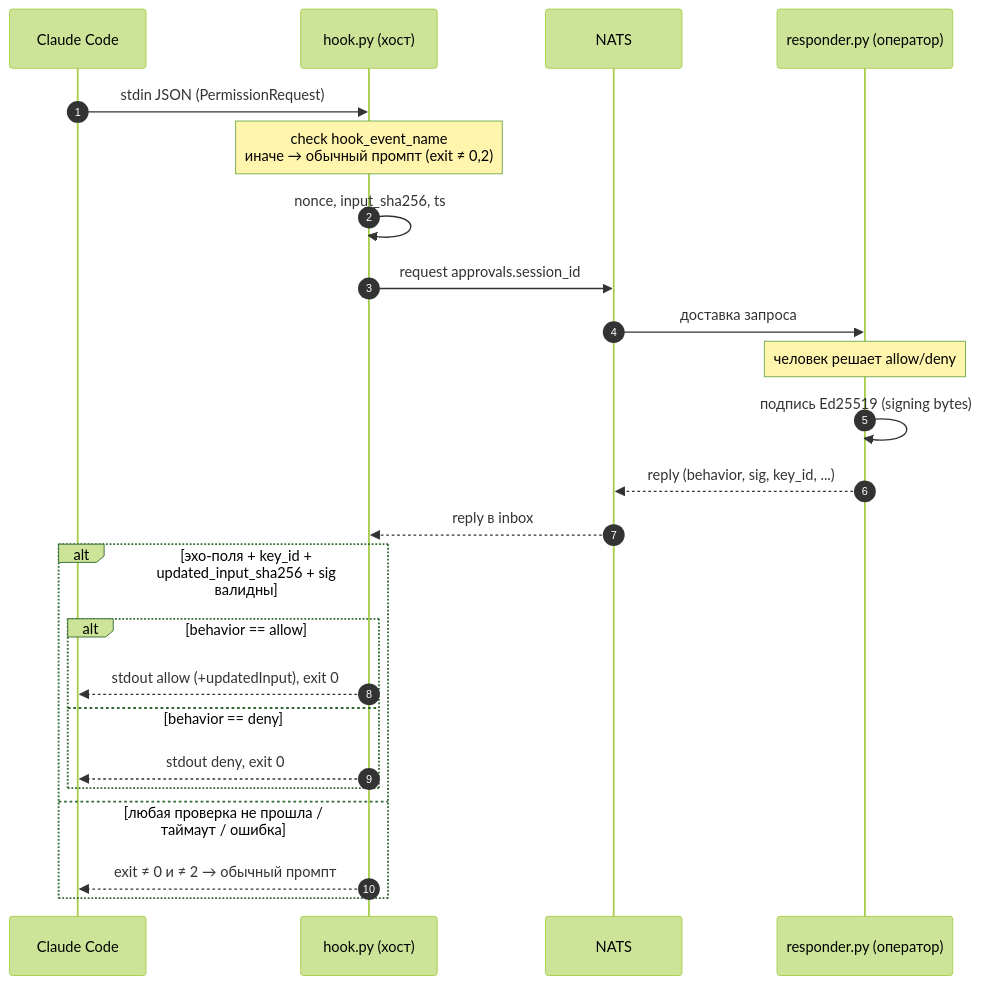
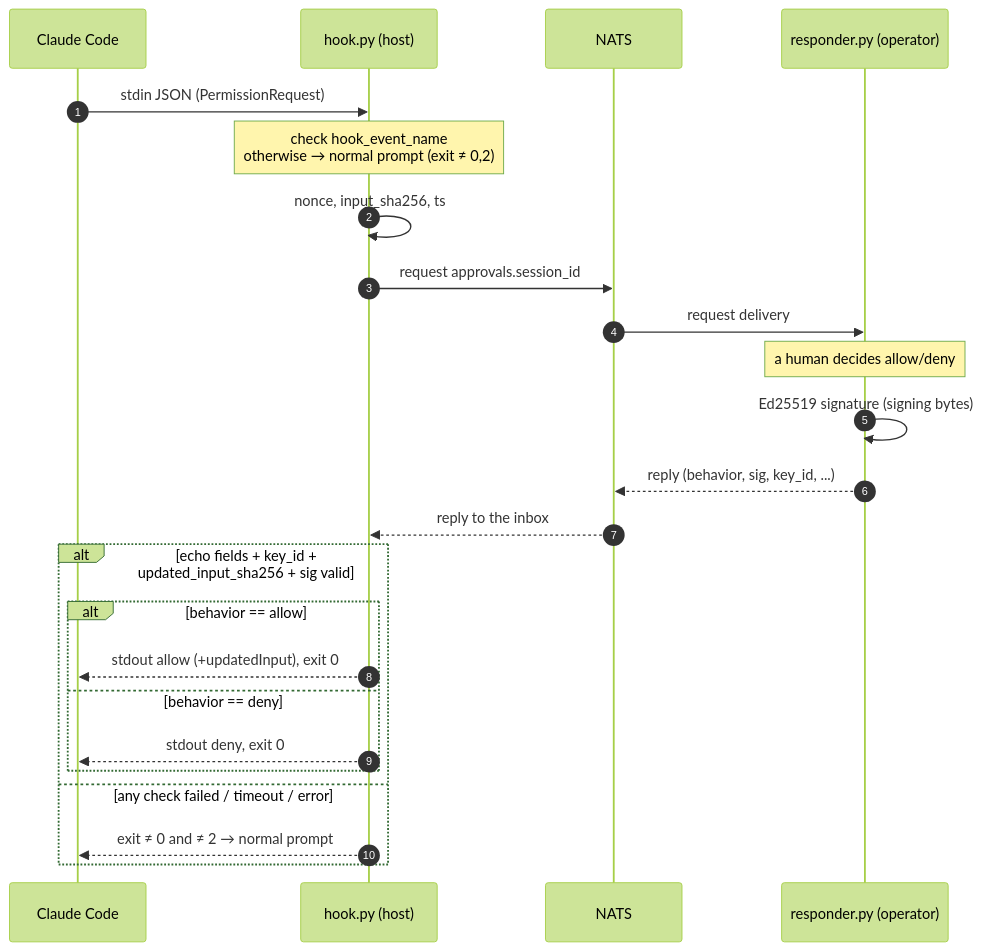
The second of 2 diagrams in CLAUDE.md (merlokk/ai-remote), drawn with Mermaid (forest theme) before and after one commit. The commit also changed other lines of this file, not shown here.

````diff
--- a/CLAUDE.md
+++ b/CLAUDE.md
@@ -194,28 +157,28 @@
 ```mermaid
 sequenceDiagram
     autonumber
     participant CC as Claude Code
-    participant H as hook.py (хост)
+    participant H as hook.py (host)
     participant N as NATS
-    participant R as responder.py (оператор)
+    participant R as responder.py (operator)
 
     CC->>H: stdin JSON (PermissionRequest)
-    Note over H: check hook_event_name<br/>иначе → обычный промпт (exit ≠ 0,2)
+    Note over H: check hook_event_name<br/>otherwise → normal prompt (exit ≠ 0,2)
     H->>H: nonce, input_sha256, ts
     H->>N: request approvals.session_id
-    N->>R: доставка запроса
-    Note over R: человек решает allow/deny
-    R->>R: подпись Ed25519 (signing bytes)
+    N->>R: request delivery
+    Note over R: a human decides allow/deny
+    R->>R: Ed25519 signature (signing bytes)
     R-->>N: reply (behavior, sig, key_id, ...)
-    N-->>H: reply в inbox
+    N-->>H: reply to the inbox
 
-    alt эхо-поля + key_id + updated_input_sha256 + sig валидны
+    alt echo fields + key_id + updated_input_sha256 + sig valid
         alt behavior == allow
             H-->>CC: stdout allow (+updatedInput), exit 0
         else behavior == deny
             H-->>CC: stdout deny, exit 0
         end
-    else любая проверка не прошла / таймаут / ошибка
-        H-->>CC: exit ≠ 0 и ≠ 2 → обычный промпт
+    else any check failed / timeout / error
+        H-->>CC: exit ≠ 0 and ≠ 2 → normal prompt
     end
 ```
````
